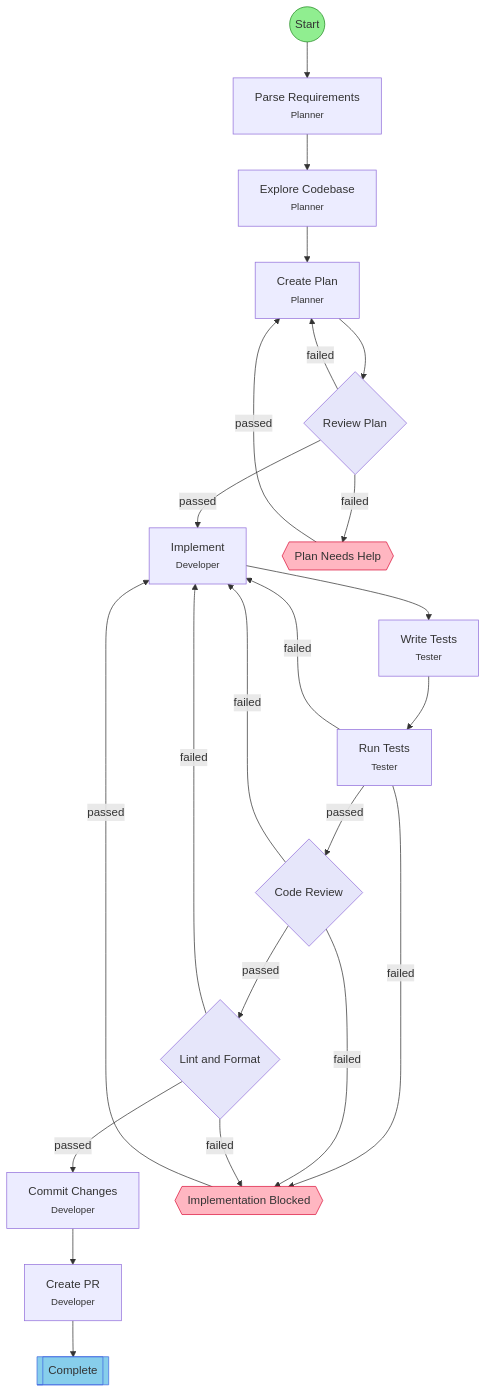
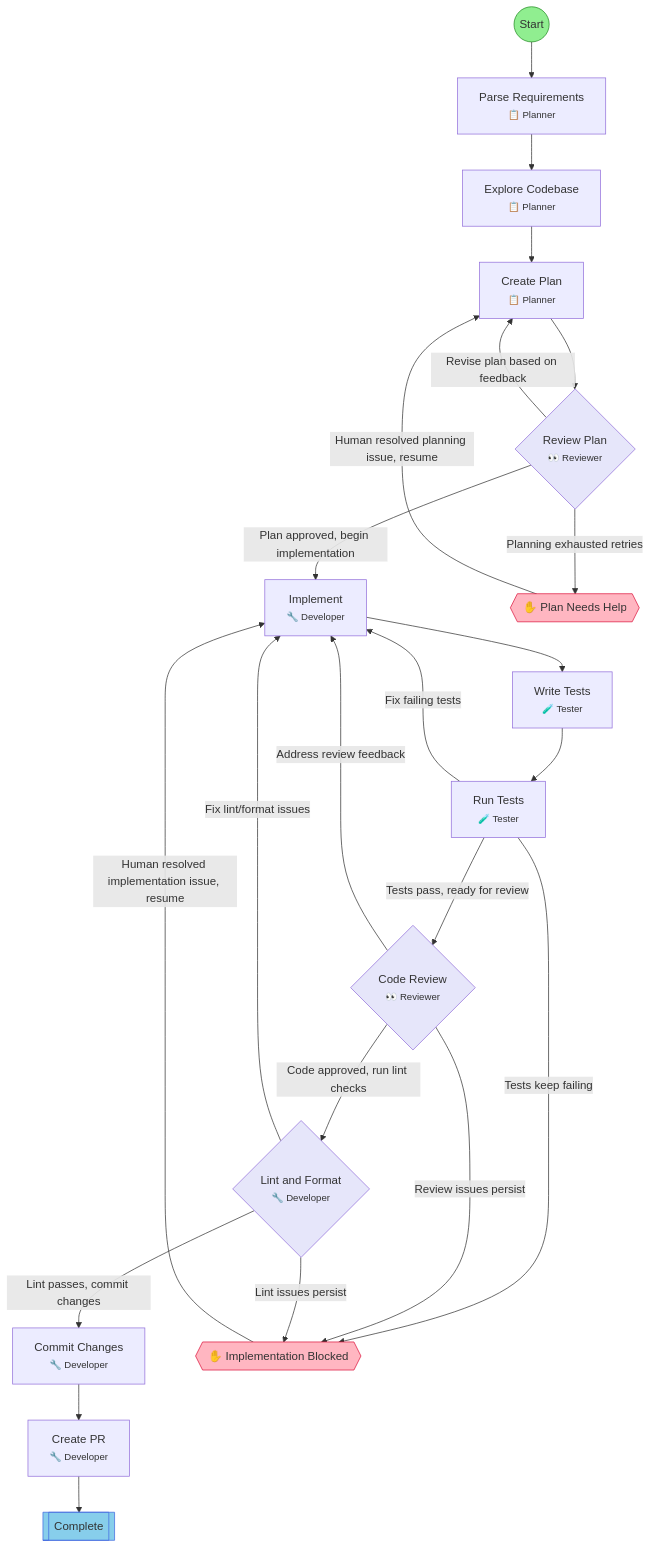
One commit to leclabs/agent-toolkit changed the diagram in .flow/diagrams/feature-development.md. Above: the diagram before and after it, drawn with Mermaid. The commit also changed other lines of this file and 34 other files, not shown here.

First line of the commit message:
feat: add emoji field to workflow schema and render in diagrams

````diff
--- a/.flow/diagrams/feature-development.md
+++ b/.flow/diagrams/feature-development.md
@@ -7,52 +7,52 @@
 ```mermaid
 flowchart TD
     start(("Start"))
-    parse_requirements["Parse Requirements<br/><small>Planner</small>"]
-    explore_codebase["Explore Codebase<br/><small>Planner</small>"]
-    create_plan["Create Plan<br/><small>Planner</small>"]
-    plan_review{"Review Plan"}
-    implement["Implement<br/><small>Developer</small>"]
-    write_tests["Write Tests<br/><small>Tester</small>"]
-    run_tests["Run Tests<br/><small>Tester</small>"]
-    code_review{"Code Review"}
-    lint_format{"Lint and Format"}
-    commit["Commit Changes<br/><small>Developer</small>"]
-    create_pr["Create PR<br/><small>Developer</small>"]
+    parse_requirements["Parse Requirements<br/><small>📋 Planner</small>"]
+    explore_codebase["Explore Codebase<br/><small>📋 Planner</small>"]
+    create_plan["Create Plan<br/><small>📋 Planner</small>"]
+    plan_review{"Review Plan<br/><small>👀 Reviewer</small>"}
+    implement["Implement<br/><small>🔧 Developer</small>"]
+    write_tests["Write Tests<br/><small>🧪 Tester</small>"]
+    run_tests["Run Tests<br/><small>🧪 Tester</small>"]
+    code_review{"Code Review<br/><small>👀 Reviewer</small>"}
+    lint_format{"Lint and Format<br/><small>🔧 Developer</small>"}
+    commit["Commit Changes<br/><small>🔧 Developer</small>"]
+    create_pr["Create PR<br/><small>🔧 Developer</small>"]
     end_success[["Complete"]]
-    hitl_plan_failed{{"Plan Needs Help"}}
-    hitl_impl_failed{{"Implementation Blocked"}}
+    hitl_plan_failed{{"✋ Plan Needs Help"}}
+    hitl_impl_failed{{"✋ Implementation Blocked"}}
 
     start --> parse_requirements
     parse_requirements --> explore_codebase
     explore_codebase --> create_plan
     create_plan --> plan_review
-    plan_review -->|failed| create_plan
-    plan_review -->|failed| hitl_plan_failed
-    plan_review -->|passed| implement
+    plan_review -->|Revise plan based on feedback| create_plan
+    plan_review -->|Planning exhausted retries| hitl_plan_failed
+    plan_review -->|Plan approved, begin implementation| implement
     implement --> write_tests
     write_tests --> run_tests
-    run_tests -->|failed| implement
-    run_tests -->|failed| hitl_impl_failed
-    run_tests -->|passed| code_review
-    code_review -->|failed| implement
-    code_review -->|failed| hitl_impl_failed
-    code_review -->|passed| lint_format
-    lint_format -->|passed| commit
-    lint_format -->|failed| implement
-    lint_format -->|failed| hitl_impl_failed
+    run_tests -->|Fix failing tests| implement
+    run_tests -->|Tests keep failing| hitl_impl_failed
+    run_tests -->|Tests pass, ready for review| code_review
+    code_review -->|Address review feedback| implement
+    code_review -->|Review issues persist| hitl_impl_failed
+    code_review -->|Code approved, run lint checks| lint_format
+    lint_format -->|Lint passes, commit changes| commit
+    lint_format -->|Fix lint/format issues| implement
+    lint_format -->|Lint issues persist| hitl_impl_failed
     commit --> create_pr
     create_pr --> end_success
-    hitl_plan_failed -->|passed| create_plan
-    hitl_impl_failed -->|passed| implement
+    hitl_plan_failed -->|Human resolved planning issue, resume| create_plan
+    hitl_impl_failed -->|Human resolved implementation issue, resume| implement
 
     classDef startStep fill:#90EE90,stroke:#228B22
     classDef successStep fill:#87CEEB,stroke:#4169E1
     classDef hitlStep fill:#FFB6C1,stroke:#DC143C
     classDef gateStep fill:#E6E6FA,stroke:#9370DB
     classDef forkJoinStep fill:#FFEAA7,stroke:#FDCB6E
     classDef currentStep fill:#FFD700,stroke:#FF8C00,stroke-width:3px
     class start startStep
     class end_success successStep
     class hitl_plan_failed,hitl_impl_failed hitlStep
     class plan_review,code_review,lint_format gateStep
 ```
````
